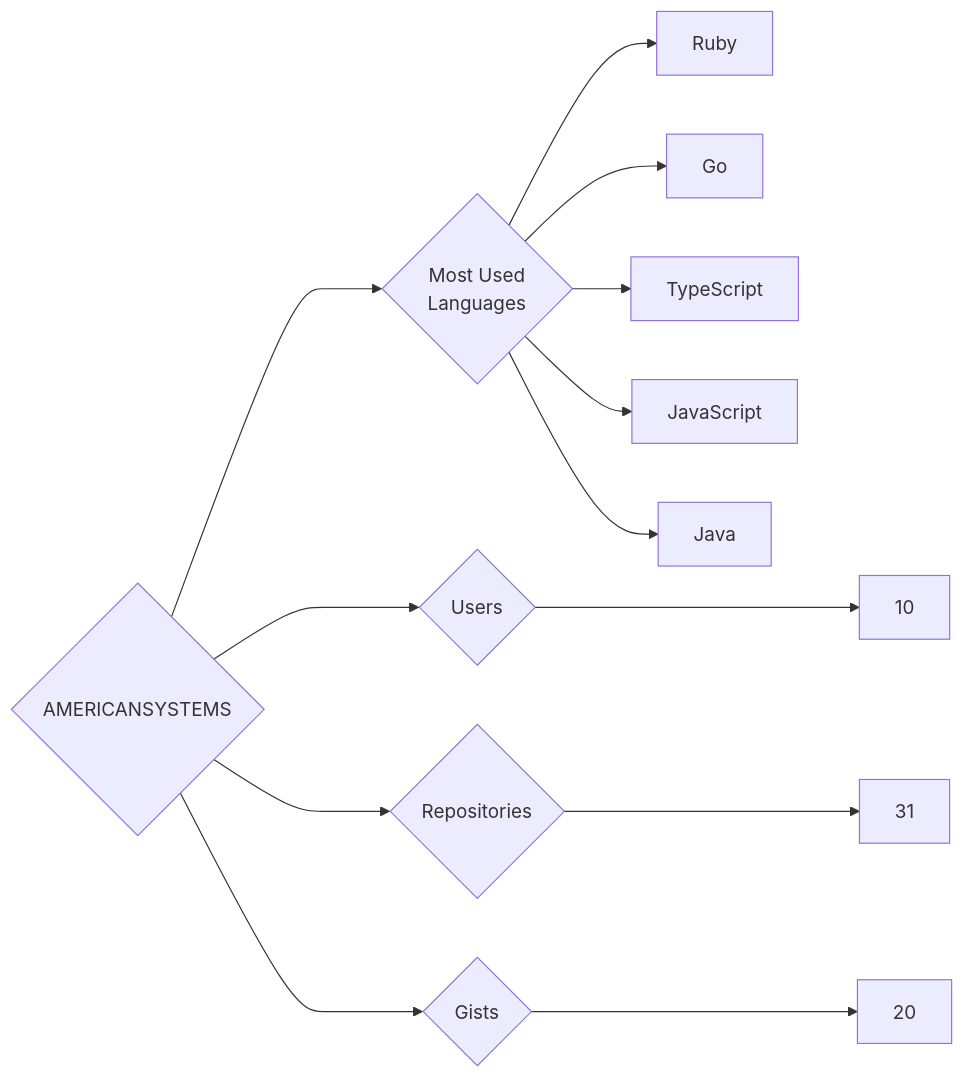
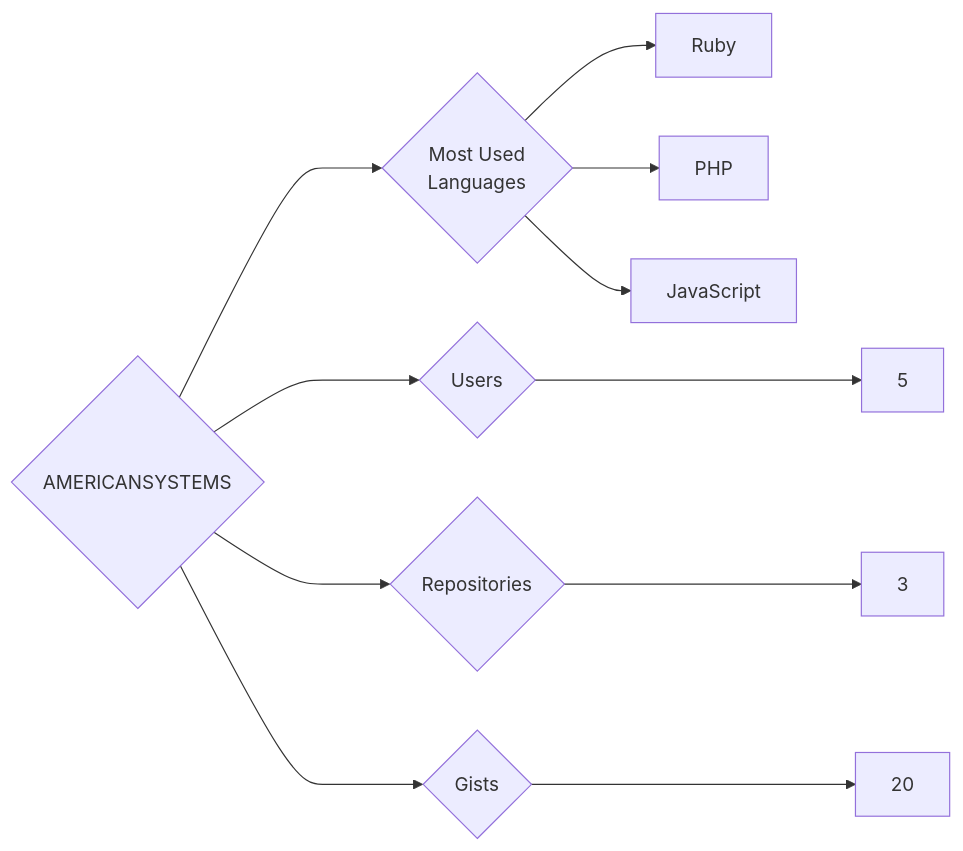
Before and after one commit to trickest/insiders: the diagram in targets/AMERICANSYSTEMS/README.md, drawn with Mermaid. The commit also changed 1092 other files, not shown here.

````diff
--- a/targets/AMERICANSYSTEMS/README.md
+++ b/targets/AMERICANSYSTEMS/README.md
@@ -3,13 +3,11 @@
 ```mermaid
 graph LR
 COMPANY_NAME{AMERICANSYSTEMS}
-COMPANY_NAME ---> U{Users} ---> UN[10]
-COMPANY_NAME ---> R{Repositories} ---> RN[31]
+COMPANY_NAME ---> U{Users} ---> UN[5]
+COMPANY_NAME ---> R{Repositories} ---> RN[3]
 COMPANY_NAME ---> G{Gists} ---> GN[20]
 COMPANY_NAME ---> ML{Most Used<br>Languages}
 ML --> Ruby[Ruby]
-ML --> Go[Go]
-ML --> TypeScript[TypeScript]
+ML --> PHP[PHP]
 ML --> JavaScript[JavaScript]
-ML --> Java[Java]
 ```
````
